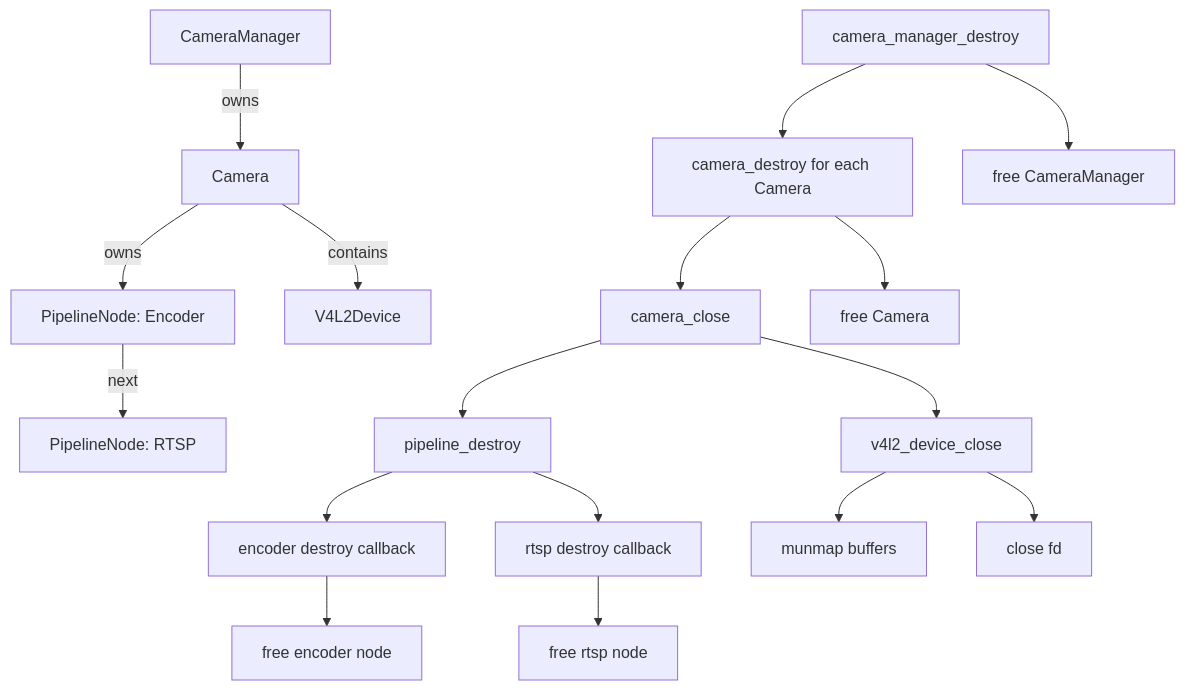
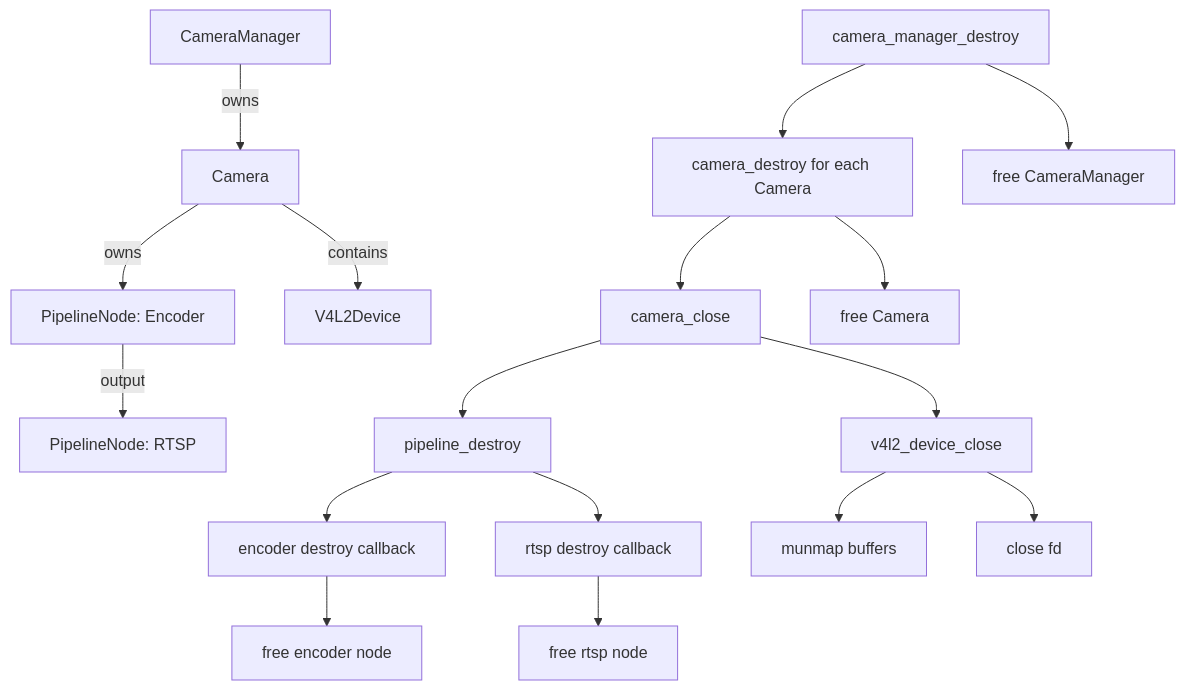
Before and after one commit to originalcore/rk3588_camera: the second of 7 diagrams in CAMERA_FLOWCHARTS.md, drawn with Mermaid. The commit also changed other lines of this file and 6 other files, not shown here.

Commit message:
Convert pipeline to graph outputs

````diff
--- a/CAMERA_FLOWCHARTS.md
+++ b/CAMERA_FLOWCHARTS.md
@@ -52,20 +52,20 @@
 ```mermaid
 flowchart TD
     M[CameraManager] -->|owns| C[Camera]
     C -->|owns| P1[PipelineNode: Encoder]
-    P1 -->|next| P2[PipelineNode: RTSP]
+    P1 -->|output| P2[PipelineNode: RTSP]
     C -->|contains| V[V4L2Device]
 
     MD[camera_manager_destroy] --> CD[camera_destroy for each Camera]
     CD --> CC[camera_close]
     CC --> PD[pipeline_destroy]
     PD --> D1[encoder destroy callback]
     D1 --> D2[free encoder node]
     PD --> D3[rtsp destroy callback]
     D3 --> D4[free rtsp node]
     CC --> VD[v4l2_device_close]
     VD --> VB[munmap buffers]
     VD --> VF[close fd]
     CD --> CF[free Camera]
     MD --> MF[free CameraManager]
 ```
````
